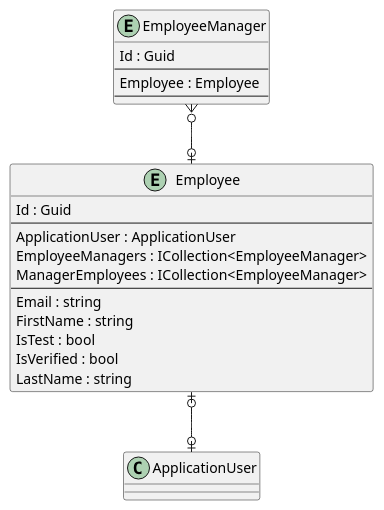
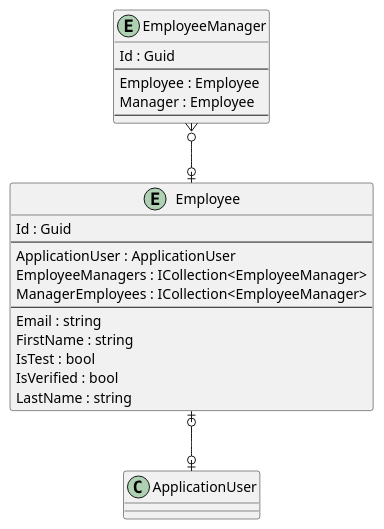
The diagram in .docs/Sco.SarTool.pu (intrepion/intrepion_employee-managers_csharp), drawn with PlantUML before and after one commit.

Commit message:
gawk -i inplace "{ gsub(/' EmployeeManagerKeyCodePlaceholder/, \"Manager : Employee\n\ \ \ \ ' EmployeeManagerKeyCodePlaceholder\") }; { print }" .docs/Sco.SarTool.pu

```diff
--- a/.docs/Sco.SarTool.pu
+++ b/.docs/Sco.SarTool.pu
@@ -1,34 +1,35 @@
 @startuml
 
 entity Employee {
     Id : Guid
     --
     ApplicationUser : ApplicationUser
     EmployeeManagers : ICollection<EmployeeManager>
     ManagerEmployees : ICollection<EmployeeManager>
     ' EmployeeKeyCodePlaceholder
     --
     Email : string
     FirstName : string
     IsTest : bool
     IsVerified : bool
     LastName : string
     ' EmployeePropertyCodePlaceholder
 }
 
 entity EmployeeManager {
     Id : Guid
     --
     Employee : Employee
+    Manager : Employee
     ' EmployeeManagerKeyCodePlaceholder
     --
     ' EmployeeManagerPropertyCodePlaceholder
 }
 
 ' EntityCodePlaceholder
 
 Employee |o--o| ApplicationUser
 EmployeeManager }o--o| Employee
 ' RelationshipCodePlaceholder
 
 @enduml
```
